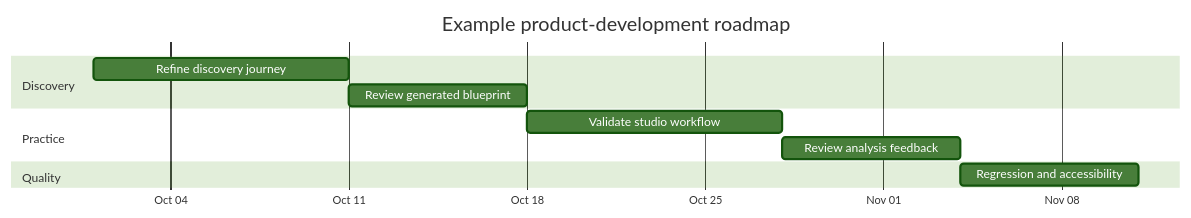
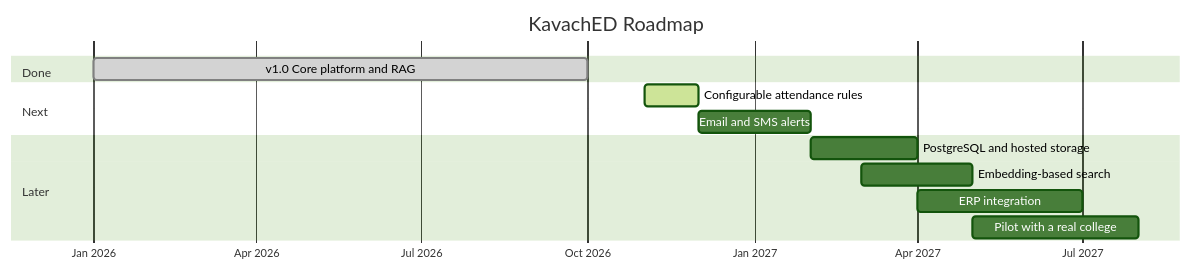
Before and after one commit to logiclayer0/PERSONA_PRIME: diagram 14 of 14 in README.md, drawn with Mermaid (forest theme). The commit also changed other lines of this file, not shown here.

````diff
--- a/README.md
+++ b/README.md
@@ -210,14 +783,16 @@
 ```mermaid
 gantt
-    title Example product-development roadmap
-    dateFormat YYYY-MM-DD
-    axisFormat %b %d
-    section Discovery
-    Refine discovery journey       :a1, 2026-10-01, 10d
-    Review generated blueprint    :a2, after a1, 7d
-    section Practice
-    Validate studio workflow      :b1, 2026-10-18, 10d
-    Review analysis feedback      :b2, after b1, 7d
-    section Quality
-    Regression and accessibility  :c1, 2026-11-04, 7d
+    title KavachED Roadmap
+    dateFormat  YYYY-MM
+    axisFormat  %b %Y
+    section Done
+    v1.0 Core platform and RAG        :done, 2026-01, 2026-10
+    section Next
+    Configurable attendance rules     :active, 2026-11, 2026-12
+    Email and SMS alerts              :2026-12, 2027-02
+    section Later
+    PostgreSQL and hosted storage     :2027-02, 2027-04
+    Embedding-based search            :2027-03, 2027-05
+    ERP integration                   :2027-04, 2027-07
+    Pilot with a real college         :2027-05, 2027-08
 ```
````
